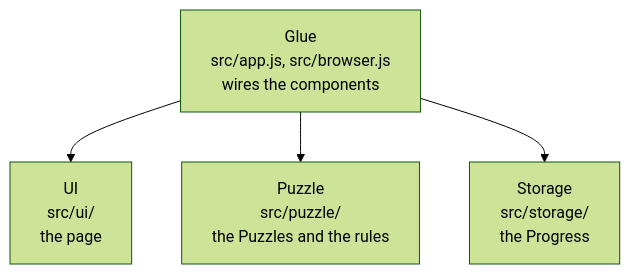
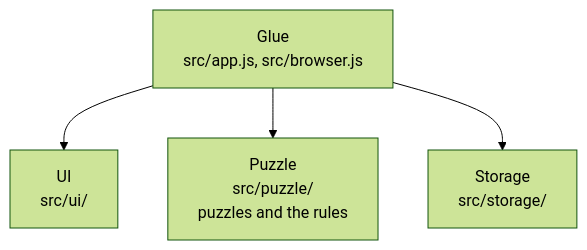
One commit to treetopbottle/molecuzzle changed the diagram in README.md. Above: the diagram before and after it, drawn with Mermaid (forest theme). The commit also changed other lines of this file and 1 other file, not shown here.

Commit message:
docs: Improve wording in documentation by Claude

````diff
--- a/README.md
+++ b/README.md
@@ -50,11 +50,11 @@
 ```mermaid
 flowchart TD
-  glue["Glue<br/>src/app.js, src/browser.js<br/>wires the components"]
-  ui["UI<br/>src/ui/<br/>the page"]
-  puzzle["Puzzle<br/>src/puzzle/<br/>the Puzzles and the rules"]
-  storage["Storage<br/>src/storage/<br/>the Progress"]
+  glue["Glue<br/>src/app.js, src/browser.js"]
+  ui["UI<br/>src/ui/"]
+  puzzle["Puzzle<br/>src/puzzle/<br/>puzzles and the rules"]
+  storage["Storage<br/>src/storage/"]
 
   glue --> ui
   glue --> puzzle
   glue --> storage
 ```
````
